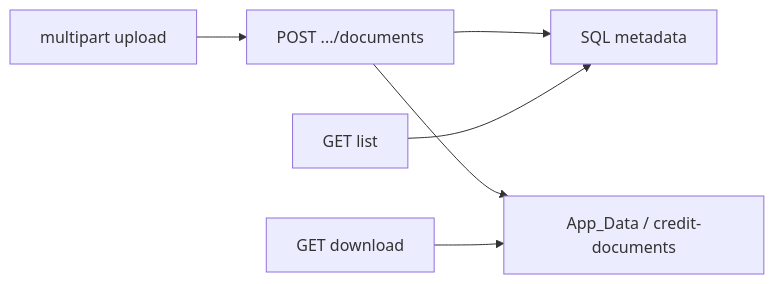
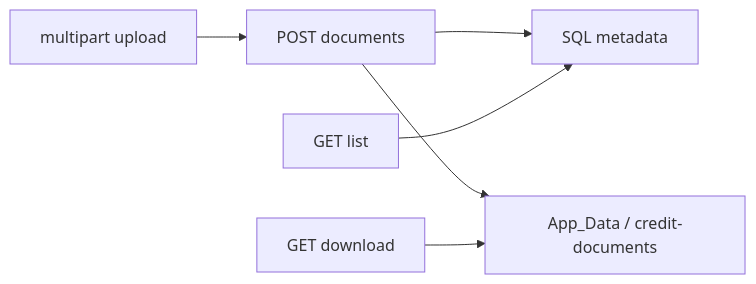
The first of 2 diagrams in docs/learning/en/26-credit-application-documents.md (fdeniz07/BankApp), drawn with Mermaid before and after one commit. The commit also changed other lines of this file and 105 other files, not shown here.

First line of the commit message:
doc: Enrich learning chapters with labs, pitfalls, and safe Mermaid

````diff
--- a/docs/learning/en/26-credit-application-documents.md
+++ b/docs/learning/en/26-credit-application-documents.md
@@ -12,8 +14,8 @@
 ```mermaid
 flowchart LR
-  UP[multipart upload] --> API[POST .../documents]
+  UP["multipart upload"] --> API["POST documents"]
   API --> META[SQL metadata]
   API --> DISK[App_Data / credit-documents]
   LIST[GET list] --> META
   DL[GET download] --> DISK
 ```
````
